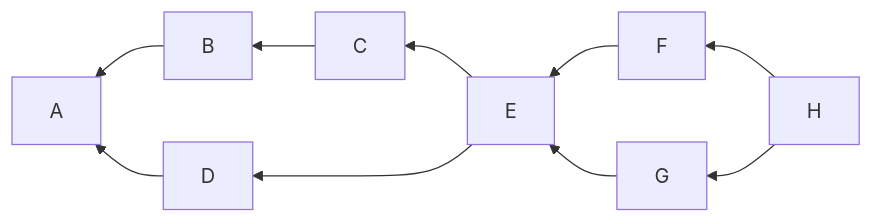
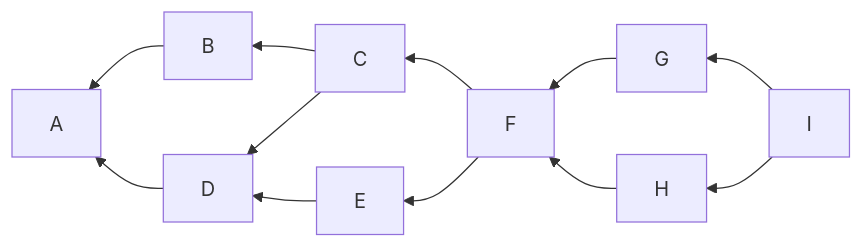
Before and after one commit to jamesob/delving-bitcoin-archive: the second of 2 diagrams in archive/rendered-topics/2023-12-December/2023-12-18-how-to-linearize-your-cluster-id303.md, drawn with Mermaid. The commit also changed other lines of this file and 1 other file, not shown here.

````diff
--- a/archive/rendered-topics/2023-12-December/2023-12-18-how-to-linearize-your-cluster-id303.md
+++ b/archive/rendered-topics/2023-12-December/2023-12-18-how-to-linearize-your-cluster-id303.md
@@ -51,11 +53,13 @@
-```mermaid height=147,auto
+```mermaid height=167,auto
 graph RL
   A;
   B --> A;
-  C --> B;
+  C --> B; C --> D;
   D --> A;
-  E --> C; E --> D;
-  F --> E;
-  G --> E;
-  H --> F; H --> G;
+  E --> D;
+ 
+  F --> C; F --> E;
+  G --> F;
+  H --> F;
+  I --> G; I --> H;
 ```
````
